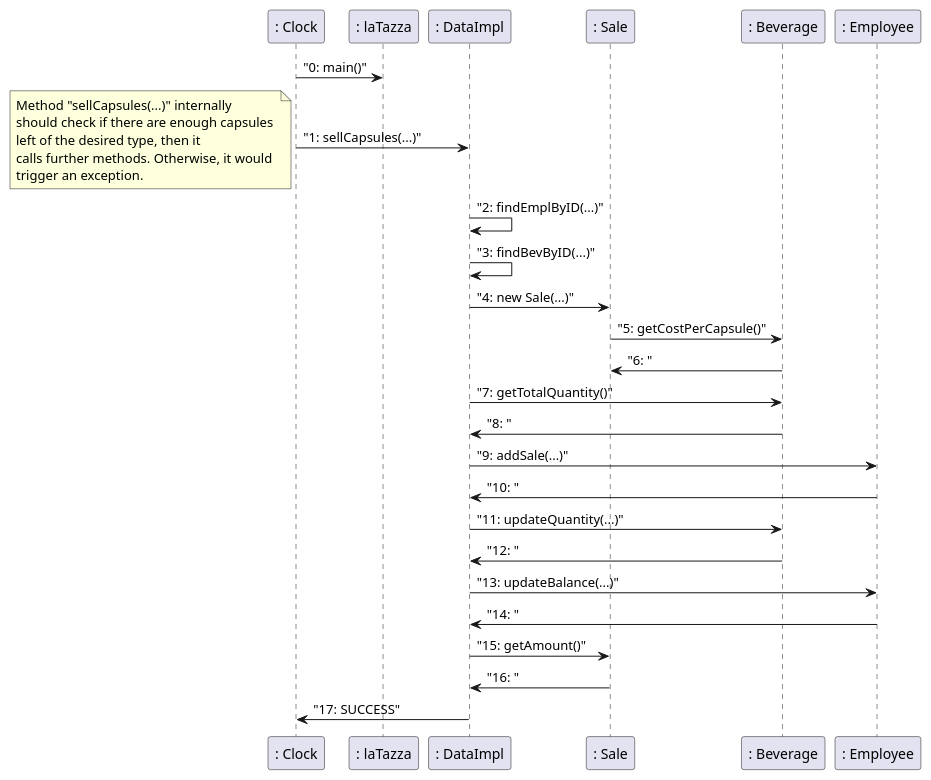
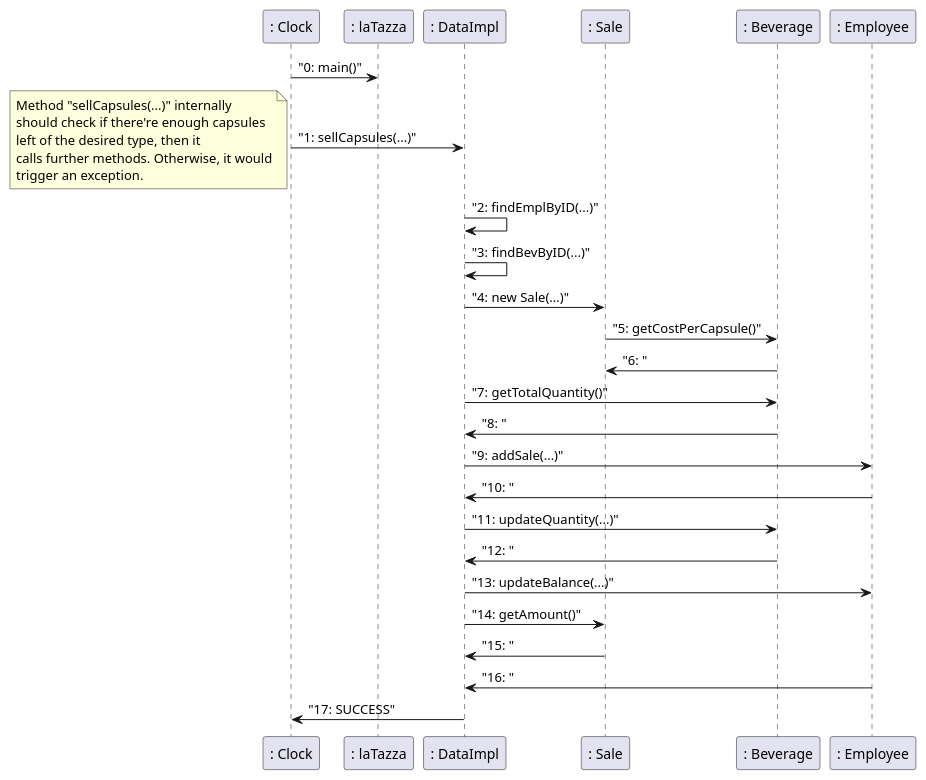
Before and after one commit to DarkSee/LaTazza: the fifth of 6 diagrams in templates/DesignDocumentTemplate.md, drawn with PlantUML. The commit also changed other lines of this file, not shown here.

Commit message:
Update Sequence Diagram scenario 1

````diff
--- a/templates/DesignDocumentTemplate.md
+++ b/templates/DesignDocumentTemplate.md
@@ -237,37 +237,42 @@
 ```plantuml
 
 ": Clock" -> ": laTazza": "0: main()"
 ": Clock" -> ": DataImpl": "1: sellCapsules(...)"
 note left
         Method "sellCapsules(...)" internally
-        should check if there are enough capsules 
+        should check if there're enough capsules 
         left of the desired type, then it 
         calls further methods. Otherwise, it would
         trigger an exception.
 end note
 ": DataImpl" -> ": DataImpl": "2: findEmplByID(...)"
 ": DataImpl" -> ": DataImpl": "3: findBevByID(...)"
 ": DataImpl" -> ": Sale": "4: new Sale(...)"
 ": Sale" -> ": Beverage": "5: getCostPerCapsule()"
 ": Sale" <-": Beverage": "6: "
 
 ": DataImpl" -> ": Beverage": "7: getTotalQuantity()"
 ": DataImpl" <-": Beverage": "8: "
 
 
 ": DataImpl" -> ": Employee": "9: addSale(...)"
 ": Employee" -> ": DataImpl": "10: "
 
 ": DataImpl" -> ": Beverage": "11: updateQuantity(...)"
 ": Beverage" -> ": DataImpl": "12: "
 
 
 ": DataImpl" -> ": Employee": "13: updateBalance(...)"
-": Employee" -> ": DataImpl": "14: "
 
-": DataImpl" -> ": Sale": "15: getAmount()"
-": Sale" -> ": DataImpl": "16: "
+": DataImpl" -> ": Sale": "14: getAmount()"
+
+": Sale" -> ": DataImpl": "15: "
+
+": Employee" -> ": DataImpl": "16: "
+
+
+
 
 ": DataImpl" -> ": Clock": "17: SUCCESS"
 
 ```
````
